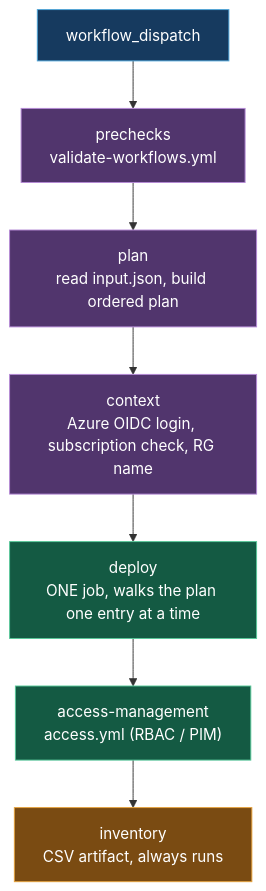
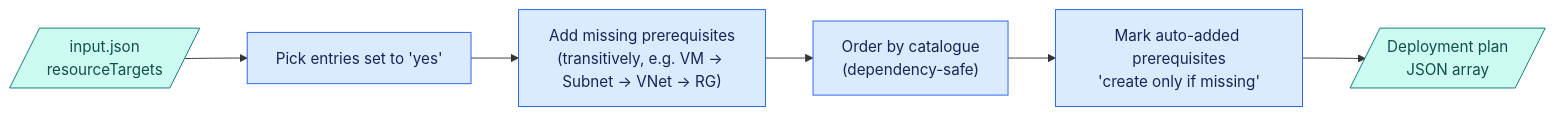
The fourth of 7 diagrams in README.md (PROMETHEUS-N/pike-infra-eaas-new), drawn with Mermaid before and after one commit. The commit also changed other lines of this file and 17 other files, not shown here.

````diff
--- a/README.md
+++ b/README.md
@@ -255,18 +367,13 @@
 ```mermaid
-flowchart TD
-    A["workflow_dispatch"] --> B["prechecks<br/>validate-workflows.yml"]
-    B --> C["plan<br/>read input.json, build ordered plan"]
-    C --> D["context<br/>Azure OIDC login, subscription check, RG name"]
-    D --> E["deploy<br/>ONE job, walks the plan one entry at a time"]
-    E --> F["access-management<br/>access.yml (RBAC / PIM)"]
-    F --> G["inventory<br/>CSV artifact, always runs"]
+flowchart LR
+    IN[/"input.json<br/>resourceTargets"/] --> SEL["Pick entries set to 'yes'"]
+    SEL --> ADD["Add missing prerequisites<br/>(transitively, e.g. VM → Subnet → VNet → RG)"]
+    ADD --> ORD["Order by catalogue<br/>(dependency-safe)"]
+    ORD --> MARK["Mark auto-added prerequisites<br/>'create only if missing'"]
+    MARK --> PLAN[/"Deployment plan<br/>JSON array"/]
 
-    classDef start fill:#163A5F,stroke:#4EA5D9,color:#fff
-    classDef validation fill:#51356D,stroke:#B58AD6,color:#fff
-    classDef deploy fill:#145A43,stroke:#58C99A,color:#fff
-    classDef report fill:#7A4B12,stroke:#E6A23C,color:#fff
-    class A start
-    class B,C,D validation
-    class E,F deploy
-    class G report
+    classDef io fill:#ccfbf1,stroke:#0f766e,color:#134e4a
+    classDef step fill:#dbeafe,stroke:#2563eb,color:#172554
+    class IN,PLAN io
+    class SEL,ADD,ORD,MARK step
 ```
````
